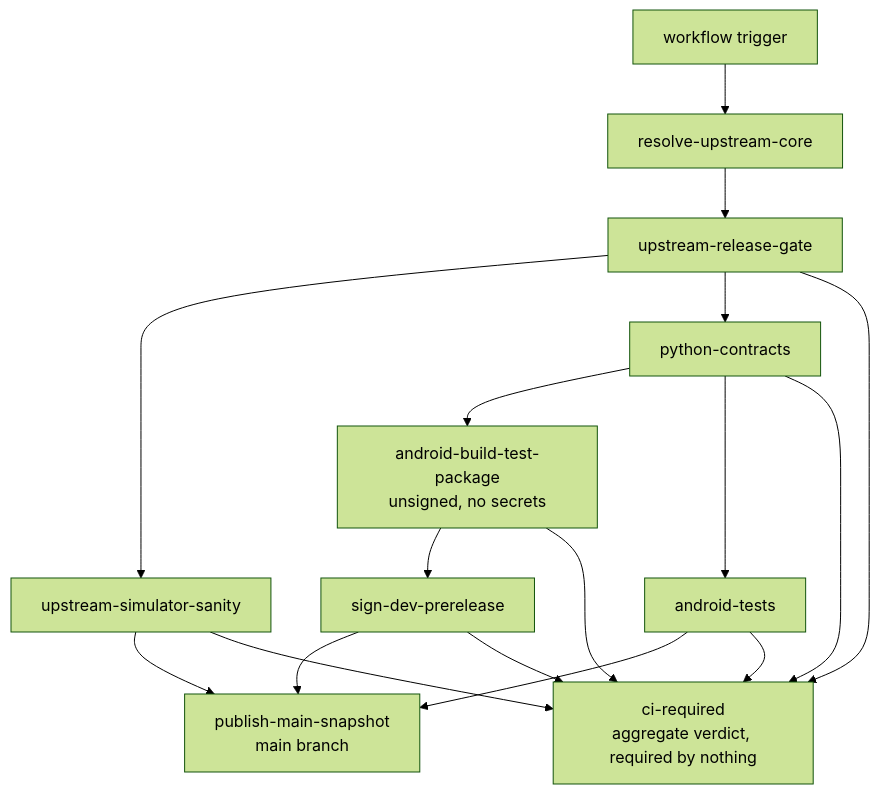
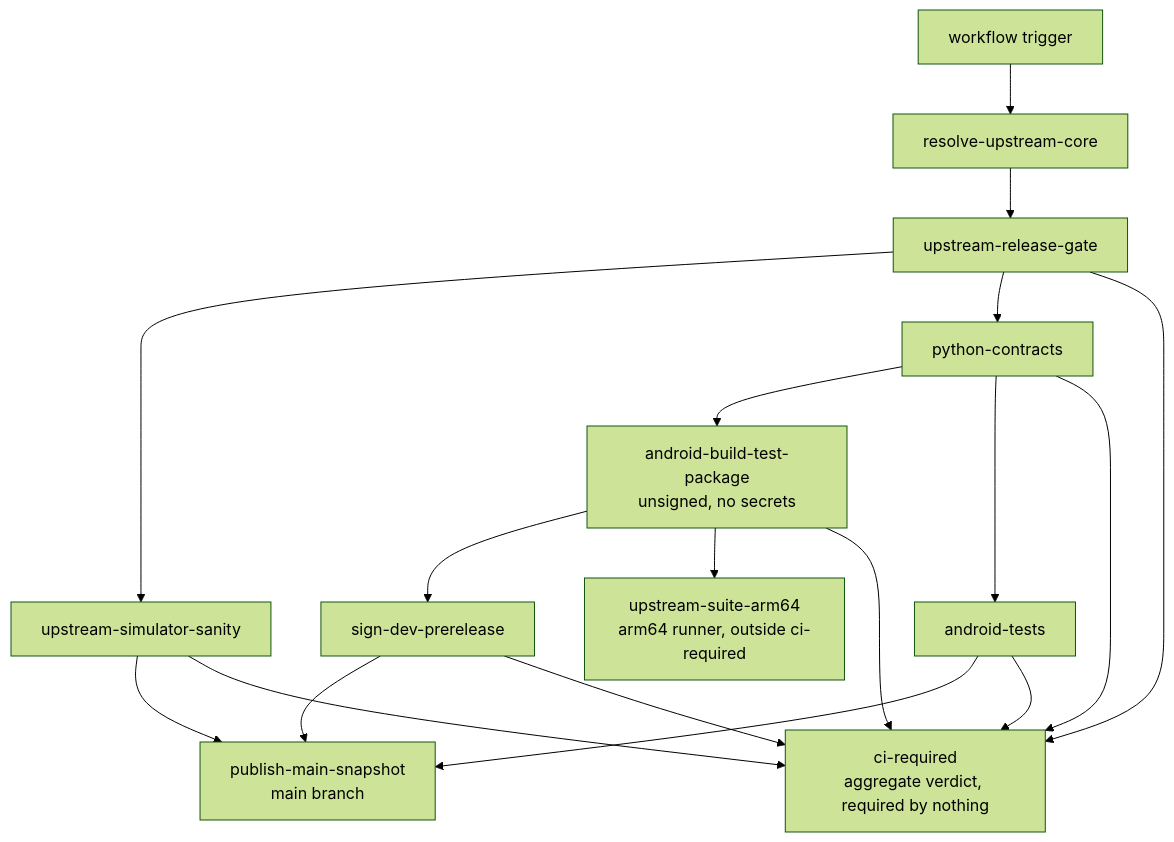
The first of 2 diagrams in android/docs/dev/07-ci-and-release-workflow.md (ppigazzini/r47zen), drawn with Mermaid (forest theme) before and after one commit. The commit also changed other lines of this file and 9 other files, not shown here.

First line of the commit message:
ci(android): run upstream's suite on the arm64 code the app ships

````diff
--- a/android/docs/dev/07-ci-and-release-workflow.md
+++ b/android/docs/dev/07-ci-and-release-workflow.md
@@ -18,29 +18,31 @@
 ```mermaid
 flowchart TD
   A[workflow trigger]
   B[resolve-upstream-core]
   C[upstream-release-gate]
   D[upstream-simulator-sanity]
   E[python-contracts]
   F[android-build-test-package<br/>unsigned, no secrets]
   S[sign-dev-prerelease]
+  U[upstream-suite-arm64<br/>arm64 runner, outside ci-required]
   G[android-tests]
   H[publish-main-snapshot<br/>main branch]
   R[ci-required<br/>aggregate verdict, required by nothing]
 
   A --> B --> C
   C --> D
   C --> E
   E --> F
   F --> S
+  F --> U
   E --> G
   D --> H
   S --> H
   G --> H
   C --> R
   D --> R
   E --> R
   F --> R
   S --> R
   G --> R
 ```
````
